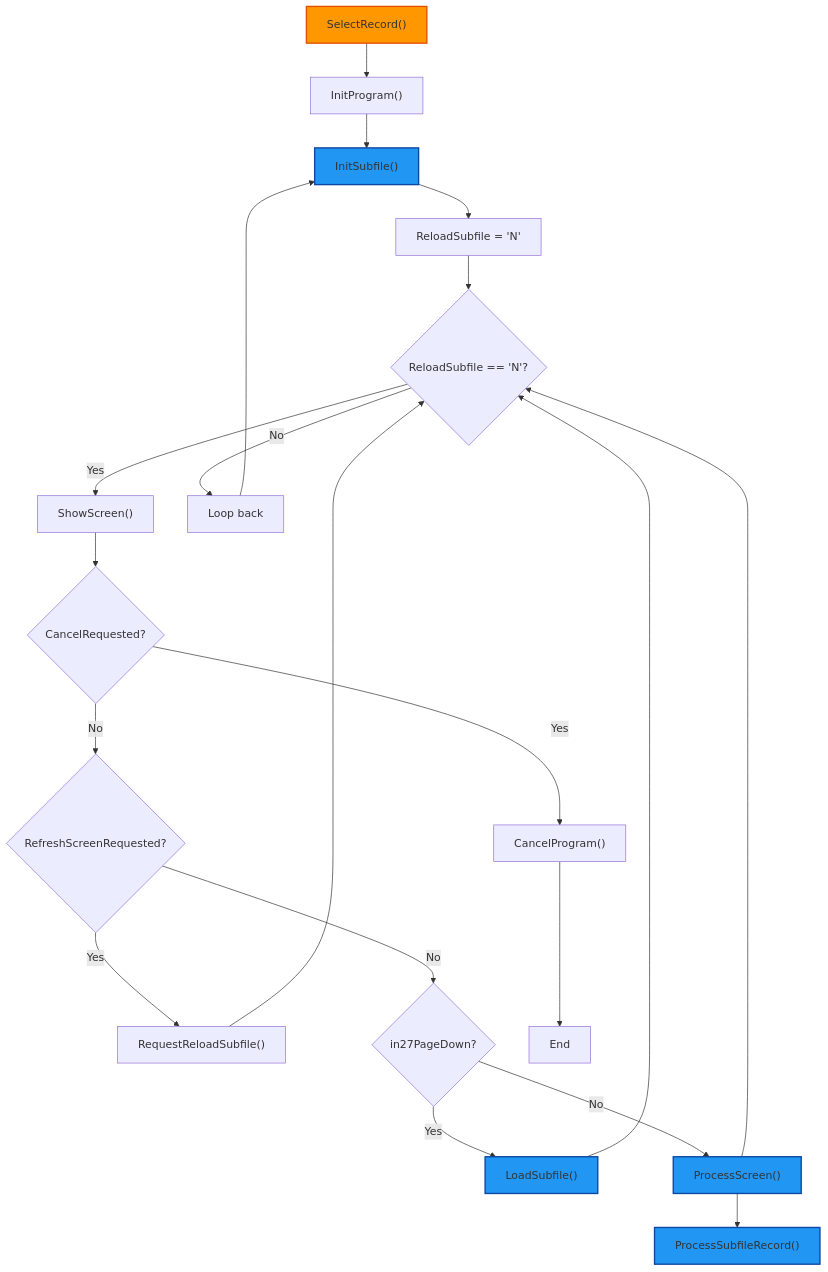
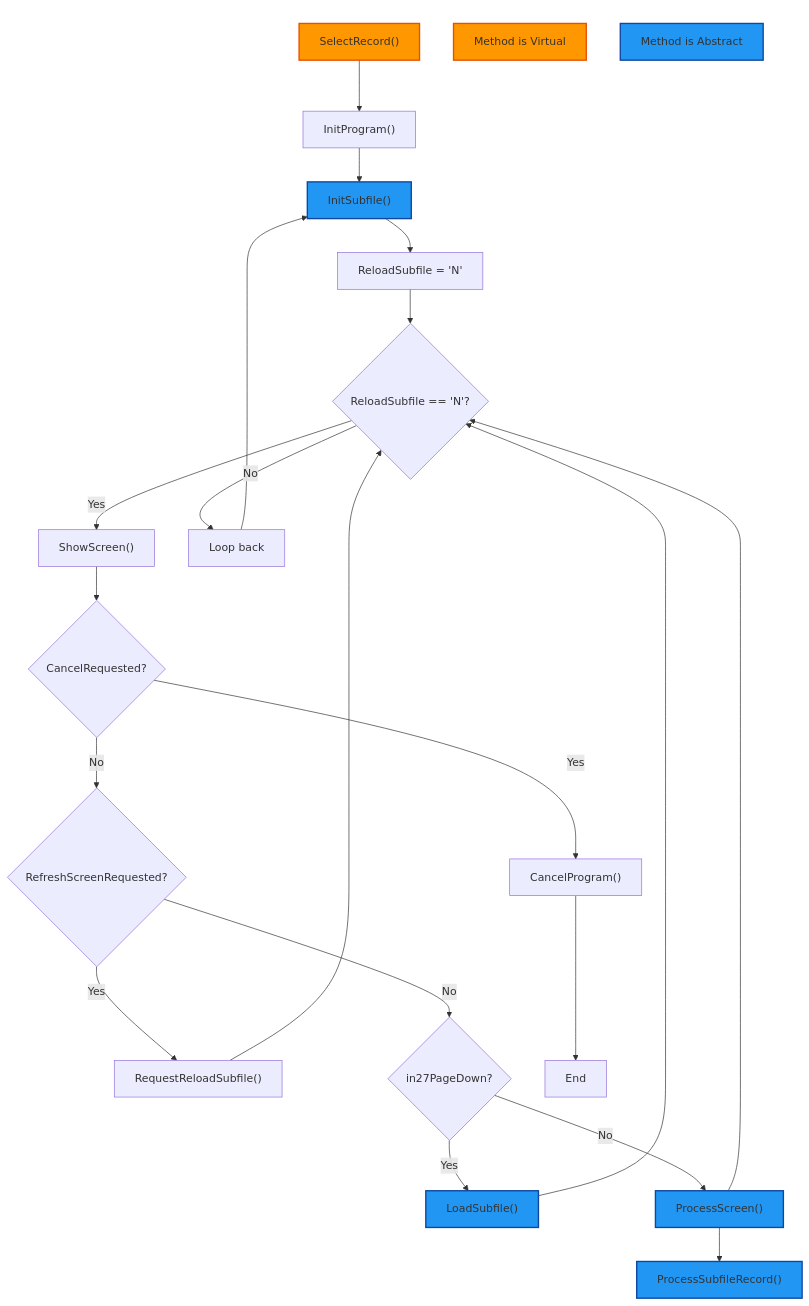
The first of 2 diagrams in manuals/escape/fx/select-record-function.md (asnaqsys/asnaqsys.github.io), drawn with Mermaid before and after one commit. The commit also changed other lines of this file and 15 other files, not shown here.

Commit message:
Provide a description of flowchart colors.

```diff
--- a/manuals/escape/fx/select-record-function.md
+++ b/manuals/escape/fx/select-record-function.md
@@ -39,29 +39,40 @@
 <pre class="mermaid">
 
 flowchart TD
     A["SelectRecord()"] --> B["InitProgram()"]
     B --> C["InitSubfile()"]
     C --> D["ReloadSubfile = 'N'"]
     D --> E{"ReloadSubfile == 'N'?"}
     E -->|Yes| F["ShowScreen()"]
     F --> G{"CancelRequested?"}
     G -->|Yes| H["CancelProgram()"]
     G -->|No| I{"RefreshScreenRequested?"}
     I -->|Yes| J["RequestReloadSubfile()"]
     I -->|No| K{"in27PageDown?"}
     K -->|Yes| L["LoadSubfile()"]
     K -->|No| M["ProcessScreen()"]
     M --> PR["ProcessSubfileRecord()"]
     H --> N["End"]
     J --> E
     L --> E
     M --> E
     E -->|No| O["Loop back"]
     O --> C
 
-    classDef virtual fill:#ff9800,stroke:#e65100,stroke-width:2px;
-    classDef abstract fill:#2196f3,stroke:#0d47a1,stroke-width:2px;
+   subgraph subA [" "]
+      A
+      VirtualTag["Method is Virtual"]
+      AbstractTag["Method is Abstract"]
+      class VirtualTag virtual;
+      class AbstractTag abstract;
+   end
+
+   classDef virtual fill:#ff9800,stroke:#e65100,stroke-width:2px;
+   classDef abstract fill:#2196f3,stroke:#0d47a1,stroke-width:2px;
+   classDef colorKey fill:transparent,stroke-width:0;
+   class subA colorKey
+
     class A virtual;
     class C,L,M,PR abstract;
 
 </pre>
```
